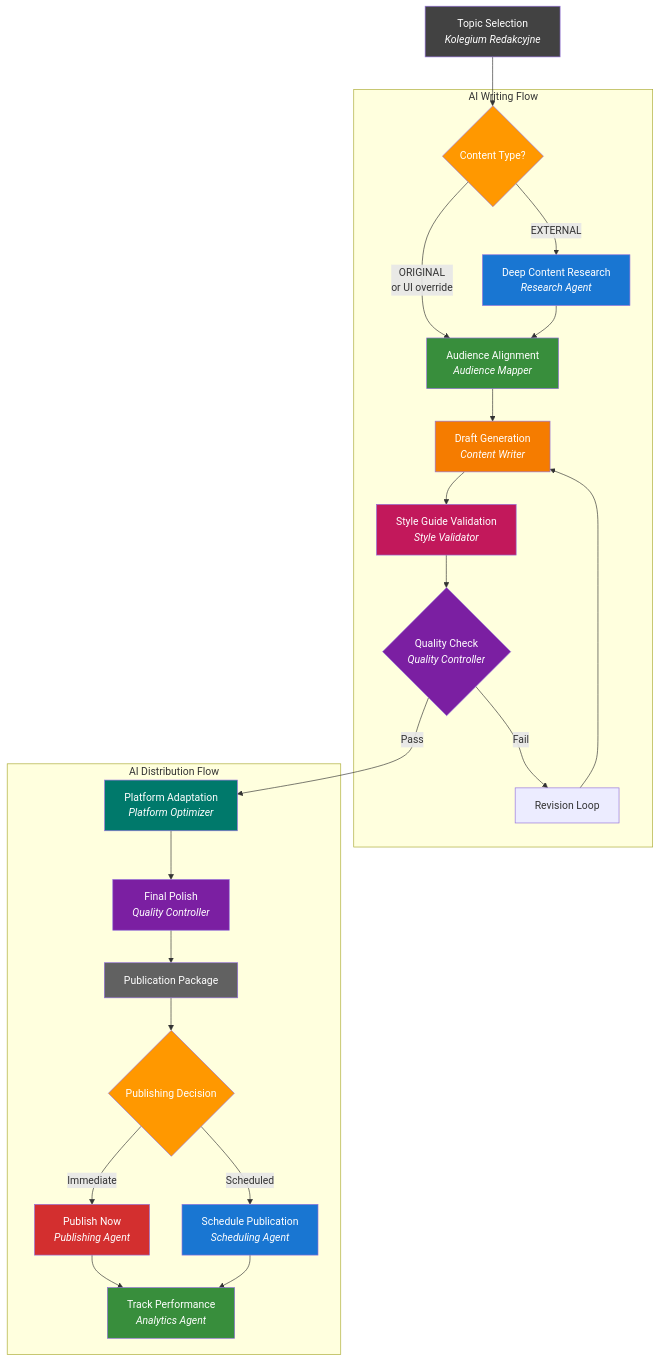
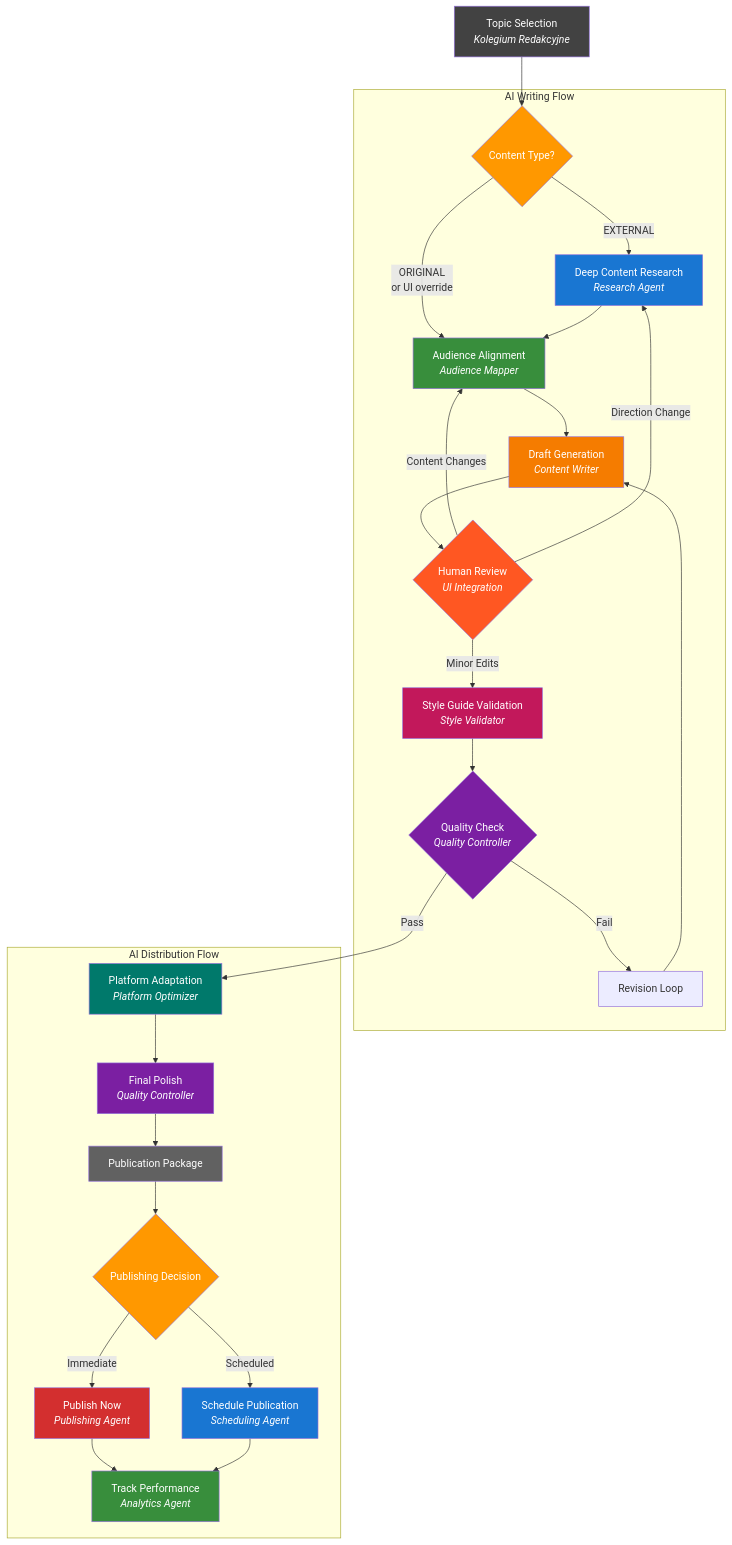
One commit to hretheum/vectorwave.io changed the diagram in AI_WRITING_FLOW_DIAGRAM.md. Above: the diagram before and after it, drawn with Mermaid. The commit also changed 7 other files, not shown here.

Commit message:
feat: integrate AI Writing Flow with UI - add generate-draft endpoints and human feedback loop

````diff
--- a/AI_WRITING_FLOW_DIAGRAM.md
+++ b/AI_WRITING_FLOW_DIAGRAM.md
@@ -18,43 +18,47 @@
 ```mermaid
 graph TD
     A[Topic Selection<br/><i>Kolegium Redakcyjne</i>] --> B{Content Type?}
     
     subgraph "AI Writing Flow"
         B -->|EXTERNAL| C[Deep Content Research<br/><i>Research Agent</i>]
         B -->|ORIGINAL<br/>or UI override| D[Audience Alignment<br/><i>Audience Mapper</i>]
         C --> D
         D --> E[Draft Generation<br/><i>Content Writer</i>]
-        E --> F[Style Guide Validation<br/><i>Style Validator</i>]
+        E --> P{Human Review<br/><i>UI Integration</i>}
+        P -->|Minor Edits| F[Style Guide Validation<br/><i>Style Validator</i>]
+        P -->|Content Changes| D
+        P -->|Direction Change| C
         F --> G{Quality Check<br/><i>Quality Controller</i>}
         G -->|Fail| I[Revision Loop]
         I --> E
     end
     
     G -->|Pass| H
     
     subgraph "AI Distribution Flow"
         H[Platform Adaptation<br/><i>Platform Optimizer</i>]
         H --> J[Final Polish<br/><i>Quality Controller</i>]
         J --> K[Publication Package]
         K --> L{Publishing Decision}
         L -->|Immediate| M[Publish Now<br/><i>Publishing Agent</i>]
         L -->|Scheduled| N[Schedule Publication<br/><i>Scheduling Agent</i>]
         M --> O[Track Performance<br/><i>Analytics Agent</i>]
         N --> O
     end
     
     style A fill:#424242,color:#fff
     style B fill:#ff9800,color:#fff
     style C fill:#1976d2,color:#fff
     style D fill:#388e3c,color:#fff
     style E fill:#f57c00,color:#fff
     style F fill:#c2185b,color:#fff
     style G fill:#7b1fa2,color:#fff
     style H fill:#00796b,color:#fff
     style J fill:#7b1fa2,color:#fff
     style K fill:#616161,color:#fff
     style L fill:#ff9800,color:#fff
     style M fill:#d32f2f,color:#fff
     style N fill:#1976d2,color:#fff
     style O fill:#388e3c,color:#fff
+    style P fill:#ff5722,color:#fff
 ```
````
